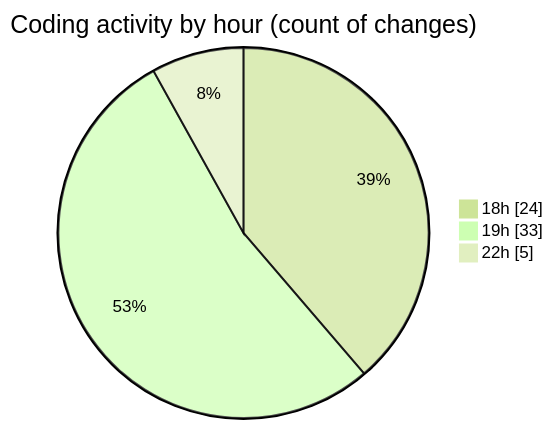
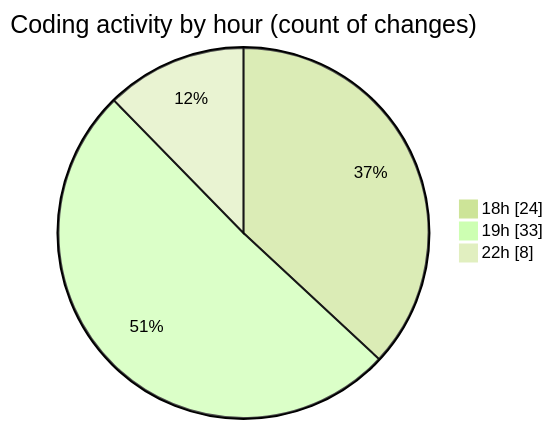
One commit to Netris89/code-tracking changed the second of 2 diagrams in 2025-04-21/echo/README.md. Above: the diagram before and after it, drawn with Mermaid (forest theme). The commit also changed other lines of this file and 1 other file, not shown here.

````diff
--- a/2025-04-21/echo/README.md
+++ b/2025-04-21/echo/README.md
@@ -36,7 +36,7 @@
 ```mermaid
 pie showData
 title Coding activity by hour (count of changes)
 "18h" : 24
 "19h" : 33
-"22h" : 5
+"22h" : 8
 ```
````
